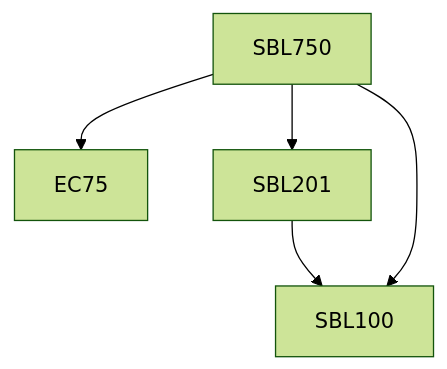
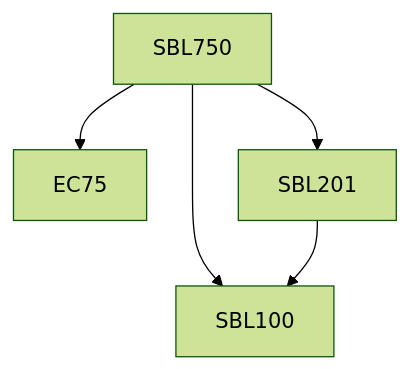
Before and after one commit to KeshavBansal0122/CoS_Website: the diagram in content/Biological Sciences/SBL750.md, drawn with Mermaid (forest theme). The commit also changed other lines of this file and 2667 other files, not shown here.

````diff
--- a/content/Biological Sciences/SBL750.md
+++ b/content/Biological Sciences/SBL750.md
@@ -15,11 +13,11 @@
 ```mermaid
 flowchart TD
-SBL750-942[SBL750]
-SBL750-942 --> EC75-942[EC75]
-SBL201-942 --> SBL100-942[SBL100]
-SBL750-942 --> SBL201-942[SBL201]
-SBL750-942 --> SBL100-942[SBL100]
+SBL750-1544[SBL750]
+SBL750-1544 --> SBL100-1544[SBL100]
+SBL750-1544 --> EC75-1544[EC75]
+SBL750-1544 --> SBL201-1544[SBL201]
+SBL201-1544 --> SBL100-1544[SBL100]
 
 classDef empty height:17px, fill:transparent, stroke:transparent;
 classDef trueEmpty height:0px, width:0px;
 ```
````
